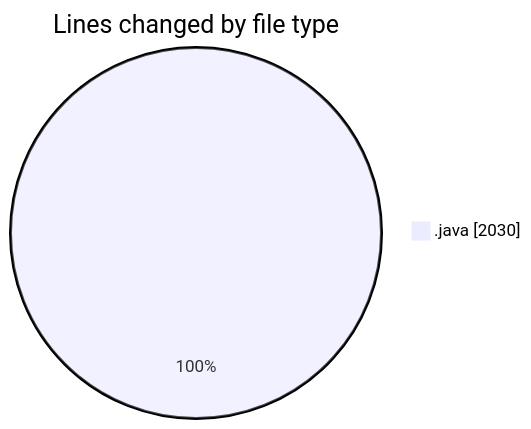
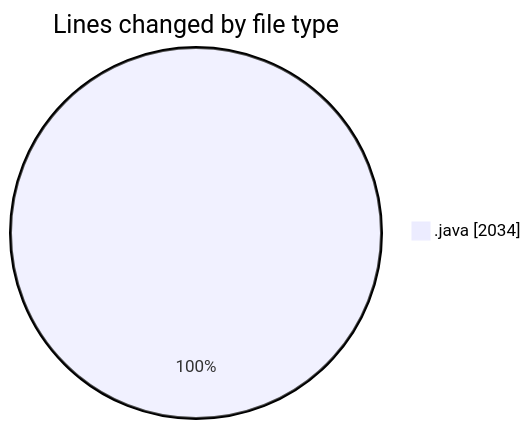
Before and after one commit to ricardozamudiocil/code-tracking: the first of 2 diagrams in 2026-04-24/cilapp/README.md, drawn with Mermaid. The commit also changed other lines of this file and 1 other file, not shown here.

````diff
--- a/2026-04-24/cilapp/README.md
+++ b/2026-04-24/cilapp/README.md
@@ -21,5 +21,5 @@
 ```mermaid
 pie showData
 title Lines changed by file type
-".java" : 2030
+".java" : 2034
 ```
````
